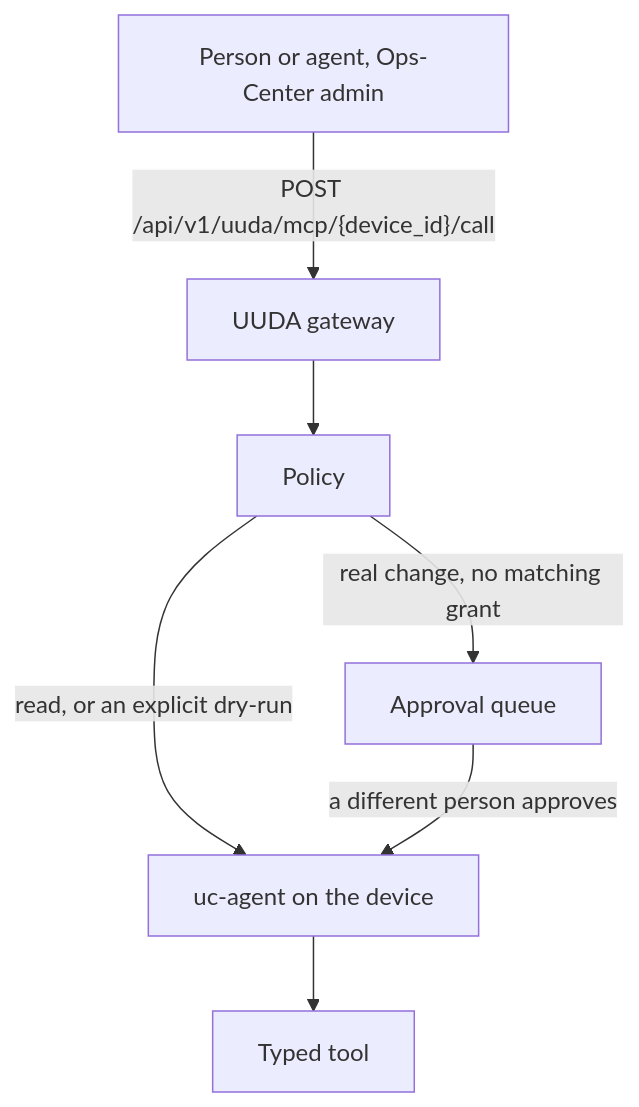
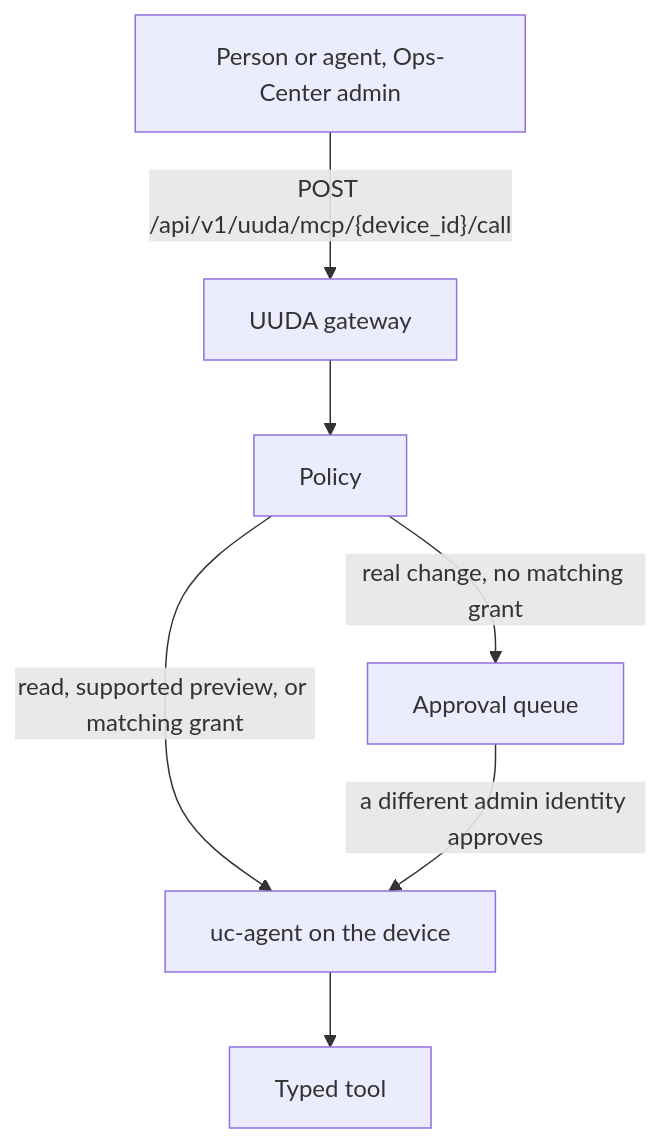
The first of 2 diagrams in README.md (Unicorn-Commander/UUDA), drawn with Mermaid before and after one commit. The commit also changed other lines of this file, not shown here.

````diff
--- a/README.md
+++ b/README.md
@@ -29,16 +29,16 @@
 ```mermaid
 flowchart TD
   caller["Person or agent, Ops-Center admin"]
   gw["UUDA gateway"]
   policy["Policy"]
   queue["Approval queue"]
   device["uc-agent on the device"]
   tools["Typed tool"]
 
   caller -->|"POST /api/v1/uuda/mcp/{device_id}/call"| gw
   gw --> policy
-  policy -->|"read, or an explicit dry-run"| device
+  policy -->|"read, supported preview, or matching grant"| device
   policy -->|"real change, no matching grant"| queue
-  queue -->|"a different person approves"| device
+  queue -->|"a different admin identity approves"| device
   device --> tools
 ```
````
